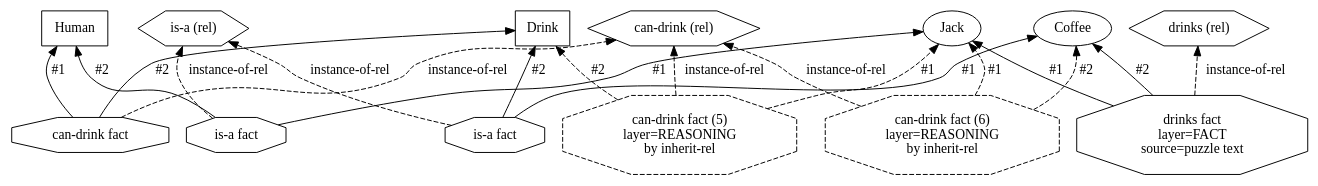
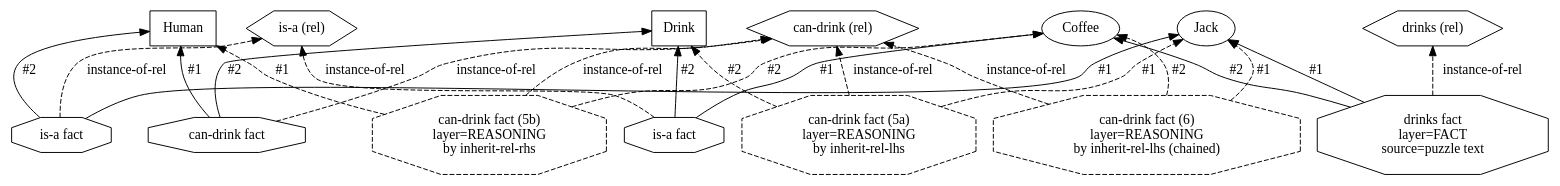
The third of 3 diagrams in docs/kernel/ir/01-ein-graph/04_jack_drinks_coffee.md (agutikov/ein), drawn with Graphviz before and after one commit. The commit also changed other lines of this file and 23 other files, not shown here.

````diff
--- a/docs/kernel/ir/01-ein-graph/04_jack_drinks_coffee.md
+++ b/docs/kernel/ir/01-ein-graph/04_jack_drinks_coffee.md
@@ -180,63 +209,74 @@
 ```dot
 digraph jack_levi {
   rankdir=BT;
 
   // Relations (declarations) — shared across all facts of that name
   rel_isa   [shape=hexagon, label="is-a (rel)"];
   rel_can   [shape=hexagon, label="can-drink (rel)"];
   rel_drink [shape=hexagon, label="drinks (rel)"];
 
   // Types
   Human [shape=box];
   Drink [shape=box];
 
   // Instances
   Jack   [shape=ellipse];
   Coffee [shape=ellipse];
 
   // is-a facts (octagons)
   isa_jack [shape=octagon, label="is-a fact"];
   isa_jack -> Jack  [label="#1"];
   isa_jack -> Human [label="#2"];
   isa_jack -> rel_isa [style=dashed, label="instance-of-rel"];
 
   isa_coffee [shape=octagon, label="is-a fact"];
   isa_coffee -> Coffee [label="#1"];
   isa_coffee -> Drink  [label="#2"];
   isa_coffee -> rel_isa [style=dashed, label="instance-of-rel"];
 
   // Type-level can-drink fact
   can_HD [shape=octagon, label="can-drink fact"];
   can_HD -> Human [label="#1"];
   can_HD -> Drink [label="#2"];
   can_HD -> rel_can [style=dashed, label="instance-of-rel"];
 
   // Puzzle's explicit drinks fact (FACT layer)
   drinks_JC [
     shape=octagon,
     label="drinks fact\nlayer=FACT\nsource=puzzle text",
   ];
   drinks_JC -> Jack   [label="#1"];
   drinks_JC -> Coffee [label="#2"];
   drinks_JC -> rel_drink [style=dashed, label="instance-of-rel"];
 
-  // Inherited (REASONING layer)
+  // Inherited (REASONING layer) — three derived facts, one per
+  // closure cell. (5a) and (5b) fire from the seed; (6) chains through
+  // either (5a) or (5b).
   can_JD [
     shape=octagon,
-    label="can-drink fact (5)\nlayer=REASONING\nby inherit-rel",
+    label="can-drink fact (5a)\nlayer=REASONING\nby inherit-rel-lhs",
     style=dashed,
   ];
   can_JD -> Jack  [label="#1", style=dashed];
   can_JD -> Drink [label="#2", style=dashed];
   can_JD -> rel_can [style=dashed, label="instance-of-rel"];
 
+  can_HC [
+    shape=octagon,
+    label="can-drink fact (5b)\nlayer=REASONING\nby inherit-rel-rhs",
+    style=dashed,
+  ];
+  can_HC -> Human  [label="#1", style=dashed];
+  can_HC -> Coffee [label="#2", style=dashed];
+  can_HC -> rel_can [style=dashed, label="instance-of-rel"];
+
   can_JC [
     shape=octagon,
-    label="can-drink fact (6)\nlayer=REASONING\nby inherit-rel",
+    label="can-drink fact (6)\nlayer=REASONING\nby inherit-rel-lhs (chained)",
     style=dashed,
   ];
   can_JC -> Jack   [label="#1", style=dashed];
   can_JC -> Coffee [label="#2", style=dashed];
   can_JC -> rel_can [style=dashed, label="instance-of-rel"];
 }
 ```
````
